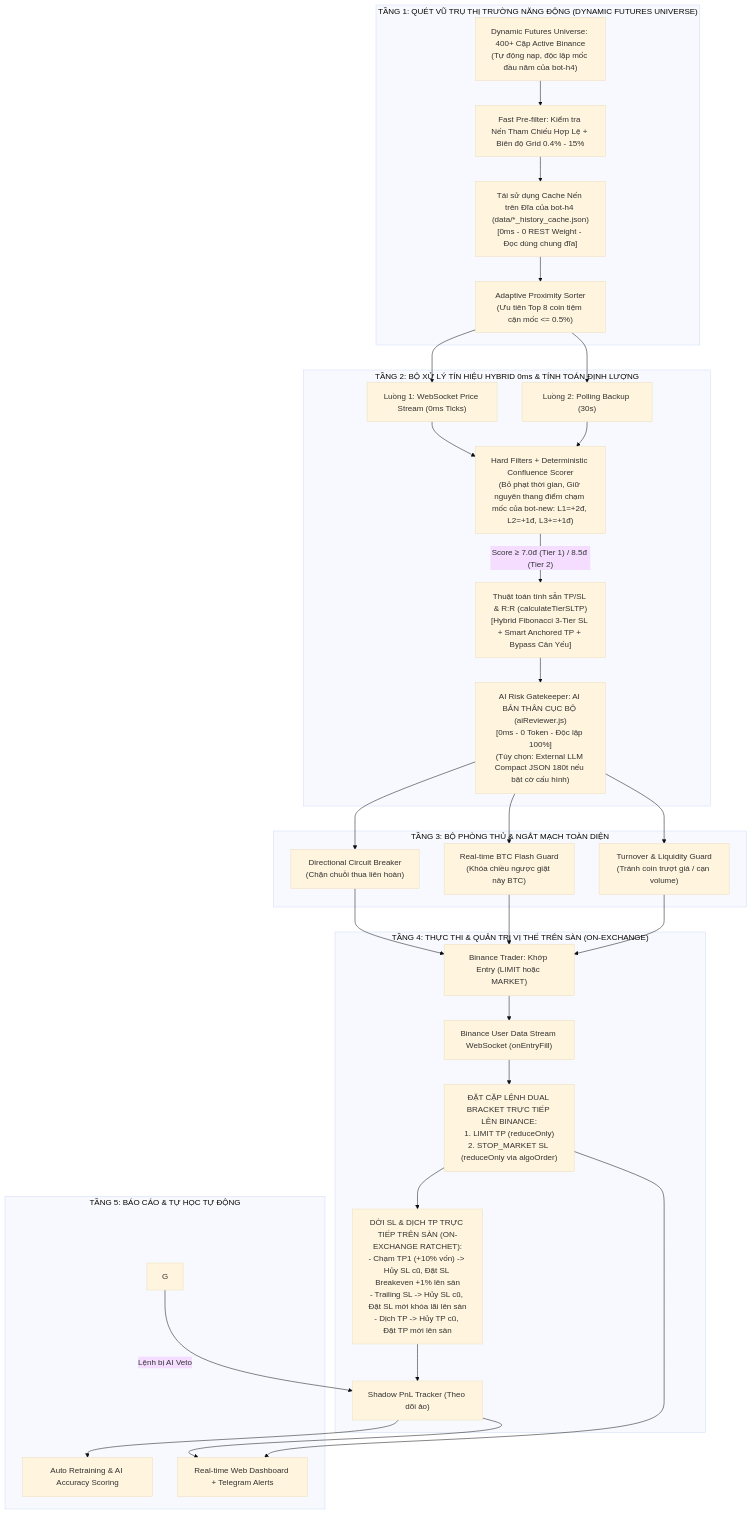
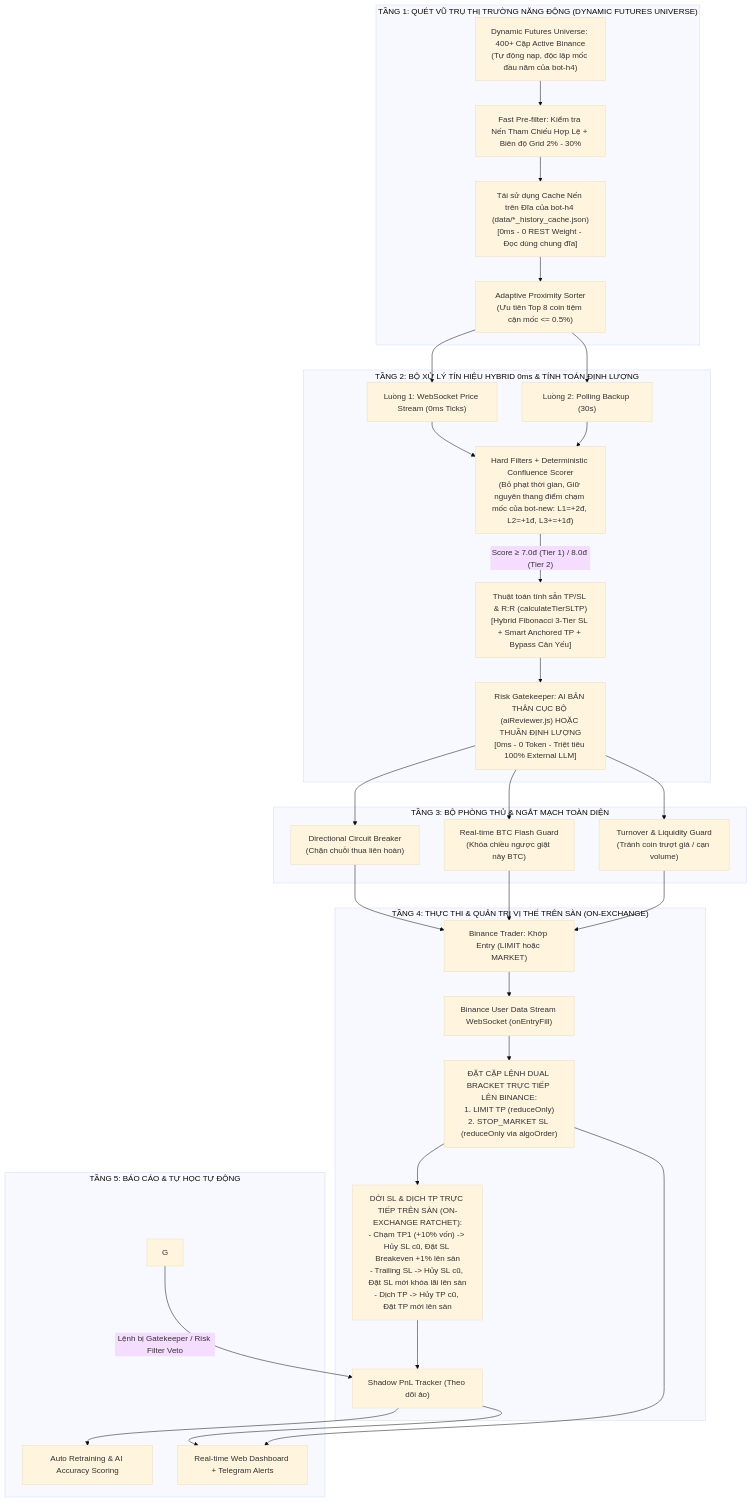
Before and after one commit to hoanglam123/369futures: the first of 3 diagrams in bot_new/ROADMAP_UPGRADE_FROM_BOT_H4.md, drawn with Mermaid (base theme). The commit also changed other lines of this file, not shown here.

Commit message:
docs: refine phase 2 roadmap (gridStep 2-30%, tier2 >= 8đ, remove external AI calls)

````diff
--- a/bot_new/ROADMAP_UPGRADE_FROM_BOT_H4.md
+++ b/bot_new/ROADMAP_UPGRADE_FROM_BOT_H4.md
@@ -28,36 +28,36 @@
 ```mermaid
 flowchart TD
     subgraph MarketUniverse ["TẦNG 1: QUÉT VŨ TRỤ THỊ TRƯỜNG NĂNG ĐỘNG (DYNAMIC FUTURES UNIVERSE)"]
-        A["Dynamic Futures Universe: 400+ Cặp Active Binance\n(Tự động nạp, độc lập mốc đầu năm của bot-h4)"] --> B["Fast Pre-filter: Kiểm tra Nến Tham Chiếu Hợp Lệ + Biên độ Grid 0.4% - 15%"]
+        A["Dynamic Futures Universe: 400+ Cặp Active Binance\n(Tự động nạp, độc lập mốc đầu năm của bot-h4)"] --> B["Fast Pre-filter: Kiểm tra Nến Tham Chiếu Hợp Lệ + Biên độ Grid 2% - 30%"]
         B --> C["Tái sử dụng Cache Nến trên Đĩa của bot-h4 (data/*_history_cache.json)\n[0ms - 0 REST Weight - Đọc dùng chung đĩa]"]
         C --> D["Adaptive Proximity Sorter\n(Ưu tiên Top 8 coin tiệm cận mốc <= 0.5%)"]
     end
 
     subgraph SignalEngine ["TẦNG 2: BỘ XỬ LÝ TÍN HIỆU HYBRID 0ms & TÍNH TOÁN ĐỊNH LƯỢNG"]
         D --> E1["Luồng 1: WebSocket Price Stream (0ms Ticks)"]
         D --> E2["Luồng 2: Polling Backup (30s)"]
         E1 & E2 --> F["Hard Filters + Deterministic Confluence Scorer\n(Bỏ phạt thời gian, Giữ nguyên thang điểm chạm mốc của bot-new: L1=+2đ, L2=+1đ, L3+=+1đ)"]
-        F -- "Score &ge; 7.0đ (Tier 1) / 8.5đ (Tier 2)" --> G1["Thuật toán tính sẵn TP/SL & R:R (calculateTierSLTP)\n[Hybrid Fibonacci 3-Tier SL + Smart Anchored TP + Bypass Cản Yếu]"]
-        G1 --> G2["AI Risk Gatekeeper: AI BẢN THÂN CỤC BỘ (aiReviewer.js)\n[0ms - 0 Token - Độc lập 100%]\n(Tùy chọn: External LLM Compact JSON 180t nếu bật cờ cấu hình)"]
+        F -- "Score &ge; 7.0đ (Tier 1) / 8.0đ (Tier 2)" --> G1["Thuật toán tính sẵn TP/SL & R:R (calculateTierSLTP)\n[Hybrid Fibonacci 3-Tier SL + Smart Anchored TP + Bypass Cản Yếu]"]
+        G1 --> G2["Risk Gatekeeper: AI BẢN THÂN CỤC BỘ (aiReviewer.js) HOẶC THUẦN ĐỊNH LƯỢNG\n[0ms - 0 Token - Triệt tiêu 100% External LLM]"]
     end
 
     subgraph SafetyGate ["TẦNG 3: BỘ PHÒNG THỦ & NGẮT MẠCH TOÀN DIỆN"]
         G2 --> H1["Directional Circuit Breaker\n(Chặn chuỗi thua liên hoàn)"]
         G2 --> H2["Real-time BTC Flash Guard\n(Khóa chiều ngược giật nảy BTC)"]
         G2 --> H3["Turnover & Liquidity Guard\n(Tránh coin trượt giá / cạn volume)"]
     end
 
     subgraph ExecutionDualBracket ["TẦNG 4: THỰC THI & QUẢN TRỊ VỊ THẾ TRÊN SÀN (ON-EXCHANGE)"]
         H1 & H2 & H3 --> I["Binance Trader: Khớp Entry (LIMIT hoặc MARKET)"]
         I --> J["Binance User Data Stream WebSocket (onEntryFill)"]
         J --> K["ĐẶT CẶP LỆNH DUAL BRACKET TRỰC TIẾP LÊN BINANCE:\n1. LIMIT TP (reduceOnly)\n2. STOP_MARKET SL (reduceOnly via algoOrder)"]
         K --> L["DỜI SL & DỊCH TP TRỰC TIẾP TRÊN SÀN (ON-EXCHANGE RATCHET):\n- Chạm TP1 (+10% vốn) -> Hủy SL cũ, Đặt SL Breakeven +1% lên sàn\n- Trailing SL -> Hủy SL cũ, Đặt SL mới khóa lãi lên sàn\n- Dịch TP -> Hủy TP cũ, Đặt TP mới lên sàn"]
         L --> M["Tự động dọn dẹp lệnh đối ứng (autoCleanOppositeOrder)\nkhi 1 trong 2 đầu TP/SL khớp"]
     end
 
     subgraph Analytics ["TẦNG 5: BÁO CÁO & TỰ HỌC TỰ ĐỘNG"]
-        G -- "Lệnh bị AI Veto" --> M["Shadow PnL Tracker (Theo dõi ảo)"]
+        G -- "Lệnh bị Gatekeeper / Risk Filter Veto" --> M["Shadow PnL Tracker (Theo dõi ảo)"]
         M --> N["Auto Retraining & AI Accuracy Scoring"]
         K & M --> O["Real-time Web Dashboard + Telegram Alerts"]
     end
 ```
````
